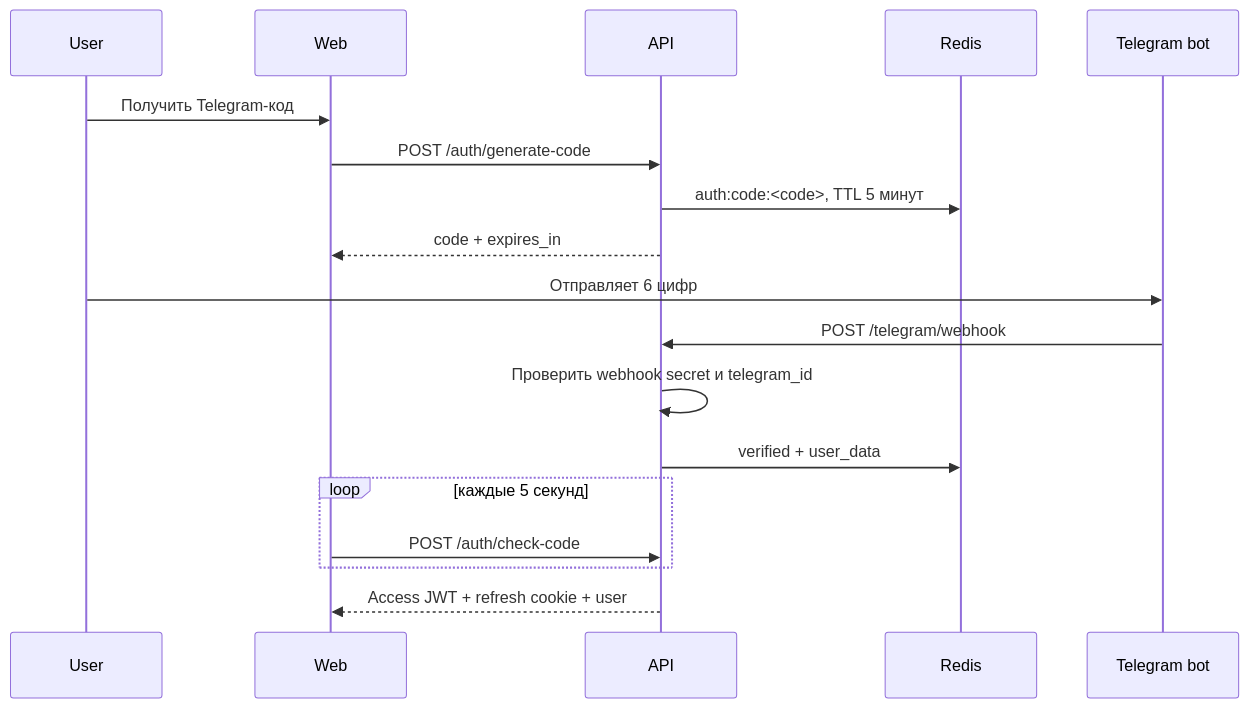
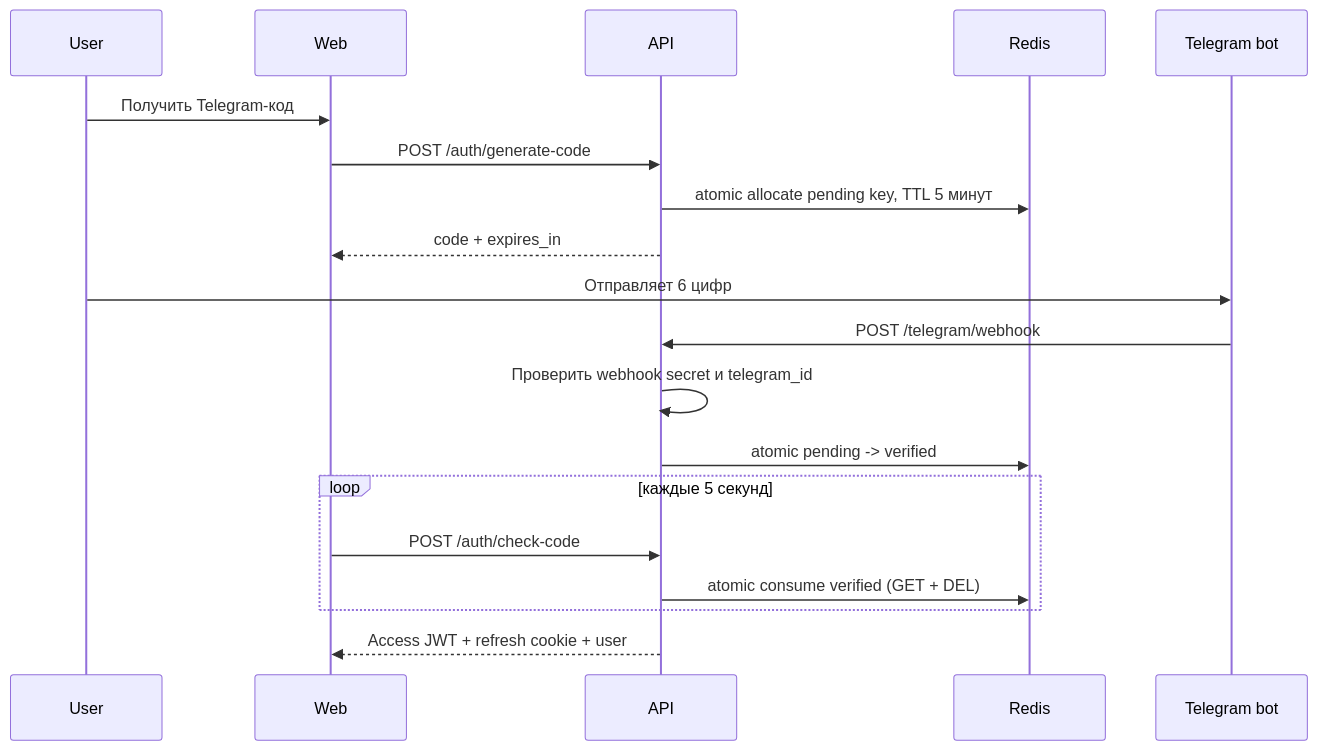
The third of 3 diagrams in docs/architecture/2026-07-10_tenant-auth-email-telegram-resend.md (KamillaLMSCRM/Kamilya-NEW), drawn with Mermaid before and after one commit. The commit also changed other lines of this file and 111 other files, not shown here.

```diff
--- a/docs/architecture/2026-07-10_tenant-auth-email-telegram-resend.md
+++ b/docs/architecture/2026-07-10_tenant-auth-email-telegram-resend.md
@@ -202,20 +208,21 @@
 ~~~mermaid
 sequenceDiagram
     participant U as User
     participant W as Web
     participant A as API
     participant R as Redis
     participant B as Telegram bot
     U->>W: Получить Telegram-код
     W->>A: POST /auth/generate-code
-    A->>R: auth:code:<code>, TTL 5 минут
+    A->>R: atomic allocate pending key, TTL 5 минут
     A-->>W: code + expires_in
     U->>B: Отправляет 6 цифр
     B->>A: POST /telegram/webhook
     A->>A: Проверить webhook secret и telegram_id
-    A->>R: verified + user_data
+    A->>R: atomic pending -> verified
     loop каждые 5 секунд
       W->>A: POST /auth/check-code
+      A->>R: atomic consume verified (GET + DEL)
     end
     A-->>W: Access JWT + refresh cookie + user
 ~~~
```
